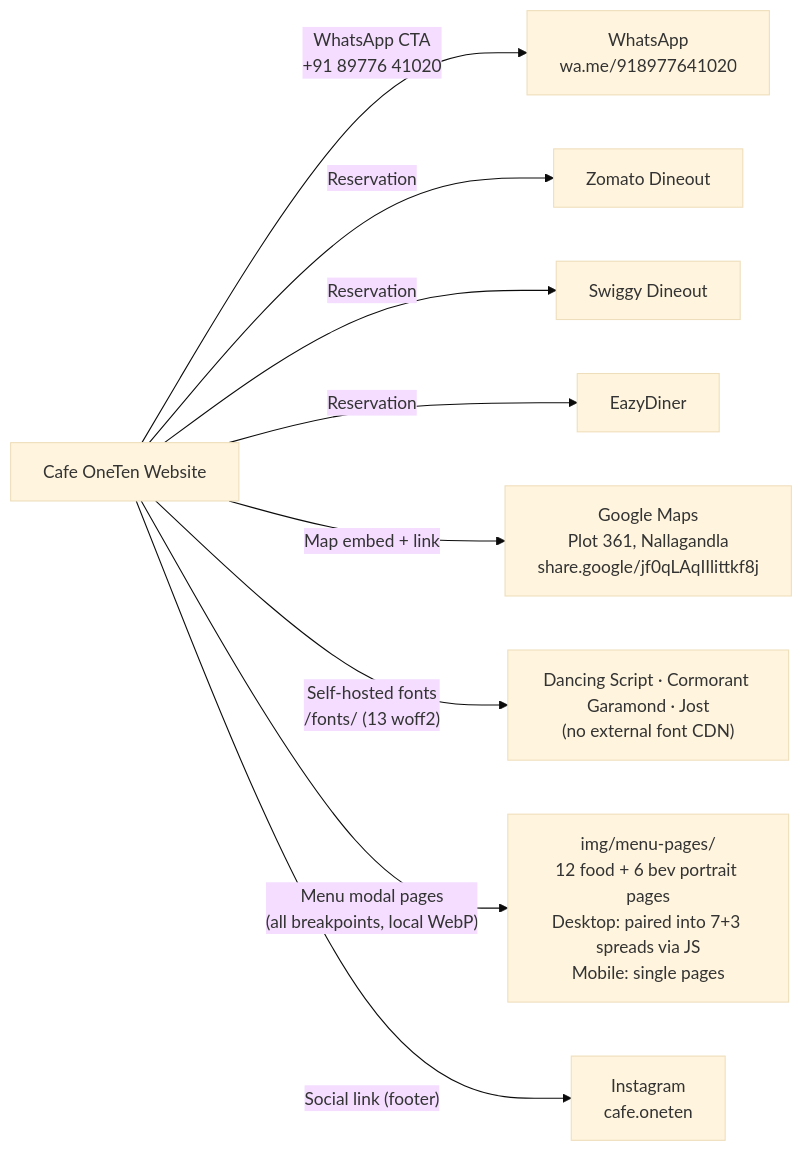
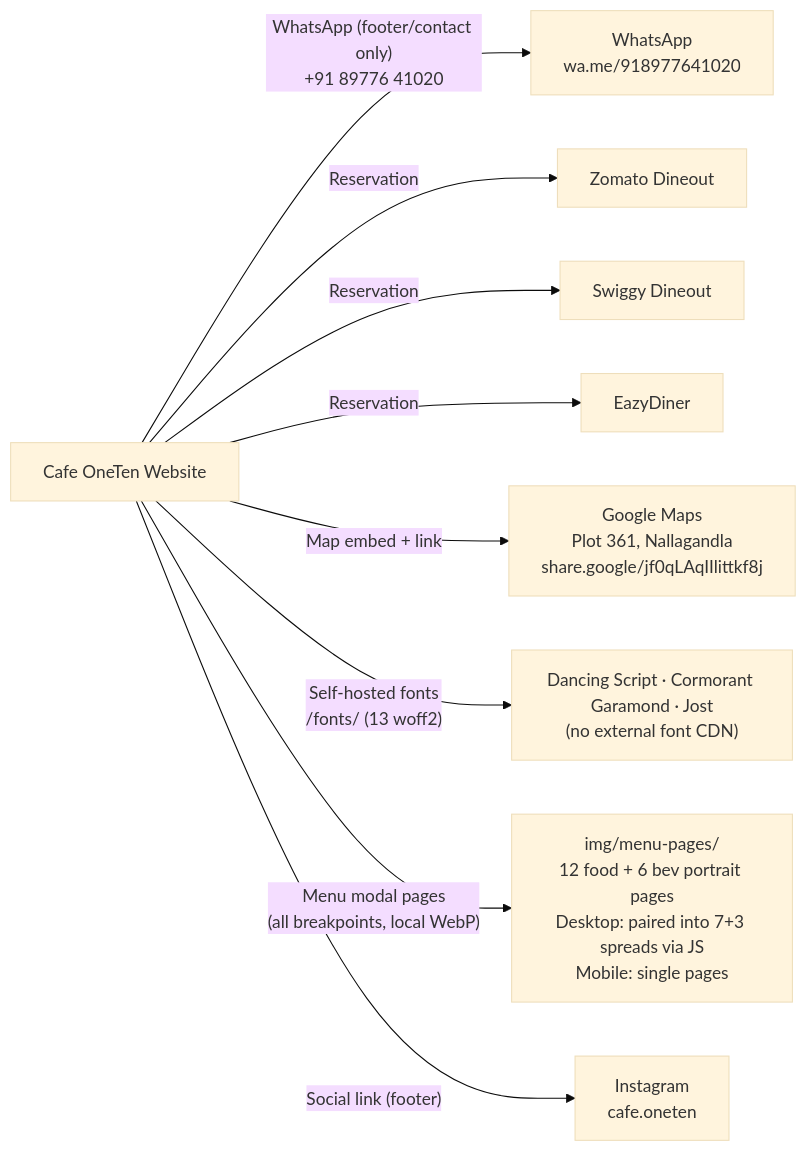
Before and after one commit to mahesh9403/Cafe-110-v2: the seventh of 7 diagrams in SITEMAP.md, drawn with Mermaid (base theme). The commit also changed other lines of this file, not shown here.

First line of the commit message:
docs: update SITEMAP.md for marquee, hero CTA, and Dineout changes

````diff
--- a/SITEMAP.md
+++ b/SITEMAP.md
@@ -291,13 +291,13 @@
 ```mermaid
 graph LR
     SITE["Cafe OneTen Website"]
 
-    SITE -->|"WhatsApp CTA\n+91 89776 41020"| WA["WhatsApp\nwa.me/918977641020"]
+    SITE -->|"WhatsApp (footer/contact only)\n+91 89776 41020"| WA["WhatsApp\nwa.me/918977641020"]
     SITE -->|"Reservation"| ZOM["Zomato Dineout"]
     SITE -->|"Reservation"| SWI["Swiggy Dineout"]
     SITE -->|"Reservation"| EZD["EazyDiner"]
     SITE -->|"Map embed + link"| GMAP["Google Maps\nPlot 361, Nallagandla\nshare.google/jf0qLAqIIlittkf8j"]
     SITE -->|"Self-hosted fonts\n/fonts/ (13 woff2)"| FONTS["Dancing Script · Cormorant Garamond · Jost\n(no external font CDN)"]
     SITE -->|"Menu modal pages\n(all breakpoints, local WebP)"| MPAGES["img/menu-pages/\n12 food + 6 bev portrait pages\nDesktop: paired into 7+3 spreads via JS\nMobile: single pages"]
     SITE -->|"Social link (footer)"| IG["Instagram\ncafe.oneten"]
 ```
````
